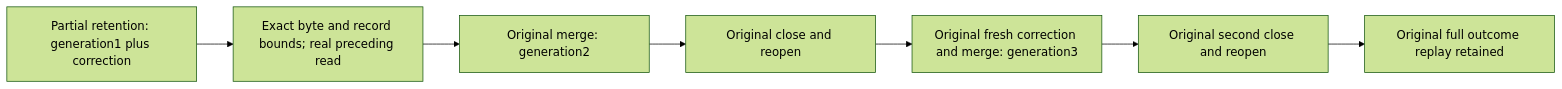
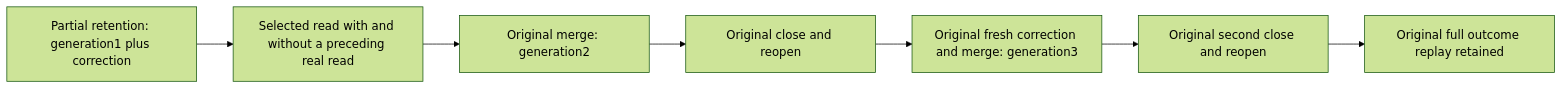
One commit to managedcode/KeyLoad changed the diagram in docs/Features/TimeSeries/RetainedChunkReadBudgets.md. Above: the diagram before and after it, drawn with Mermaid (forest theme). The commit also changed other lines of this file and 673 other files, not shown here.

````diff
--- a/docs/Features/TimeSeries/RetainedChunkReadBudgets.md
+++ b/docs/Features/TimeSeries/RetainedChunkReadBudgets.md
@@ -16,9 +15,9 @@
 ```mermaid
 flowchart LR
-  P[Partial retention: generation1 plus correction] --> B[Exact byte and record bounds; real preceding read]
+  P[Partial retention: generation1 plus correction] --> B[Selected read with and without a preceding real read]
   B --> M[Original merge: generation2]
   M --> C1[Original close and reopen]
   C1 --> F[Original fresh correction and merge: generation3]
   F --> C2[Original second close and reopen]
   C2 --> R[Original full outcome replay retained]
 ```
````
